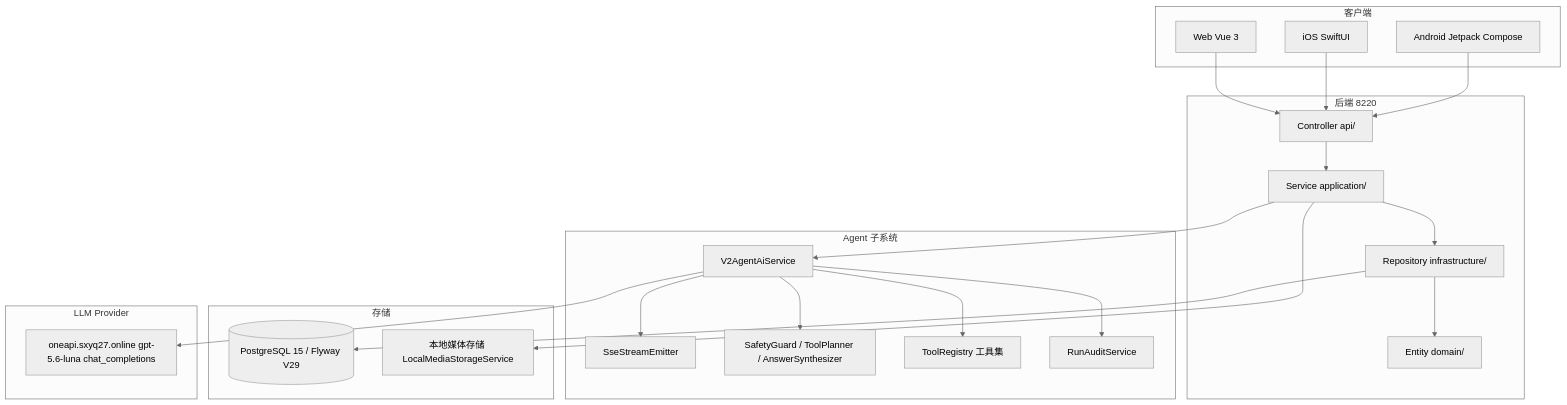
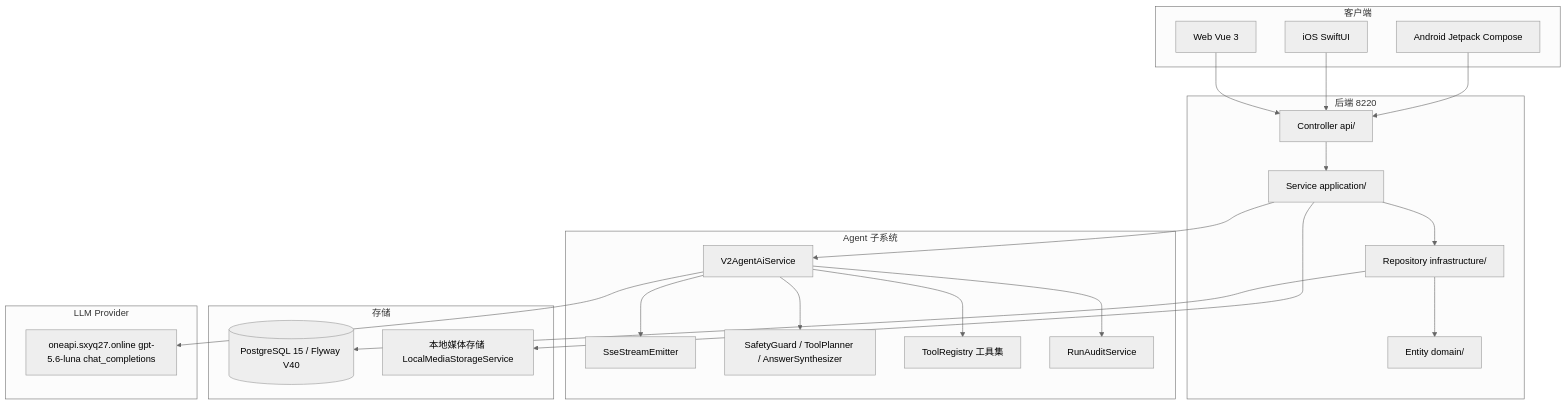
The first of 2 diagrams in docs/03_系统设计/系统总体架构.md (sxyq/mastergoods), drawn with Mermaid (neutral theme) before and after one commit. The commit also changed other lines of this file and 56 other files, not shown here.

````diff
--- a/docs/03_系统设计/系统总体架构.md
+++ b/docs/03_系统设计/系统总体架构.md
@@ -17,42 +17,42 @@
 ```mermaid
 flowchart TB
     subgraph CLIENTS[客户端]
         A1[Android Jetpack Compose]
         A2[iOS SwiftUI]
         A3[Web Vue 3]
     end
     subgraph API[后端 8220]
         B1[Controller api/]
         B2[Service application/]
         B3[Repository infrastructure/]
         B4[Entity domain/]
     end
     subgraph AGENT[Agent 子系统]
         C1[V2AgentAiService]
         C2[SseStreamEmitter]
         C3[SafetyGuard / ToolPlanner / AnswerSynthesizer]
         C4[ToolRegistry 工具集]
         C5[RunAuditService]
     end
     subgraph STORAGE[存储]
-        D1[(PostgreSQL 15 / Flyway V29)]
+        D1[(PostgreSQL 15 / Flyway V40)]
         D2[本地媒体存储 LocalMediaStorageService]
     end
     subgraph PROVIDER[LLM Provider]
         E1[oneapi.sxyq27.online gpt-5.6-luna chat_completions]
     end
     A1 --> B1
     A2 --> B1
     A3 --> B1
     B1 --> B2
     B2 --> B3
     B3 --> B4
     B2 --> C1
     C1 --> C2
     C1 --> C3
     C1 --> C4
     C1 --> C5
     C1 --> E1
     B3 --> D1
     B2 --> D2
 ```
````
